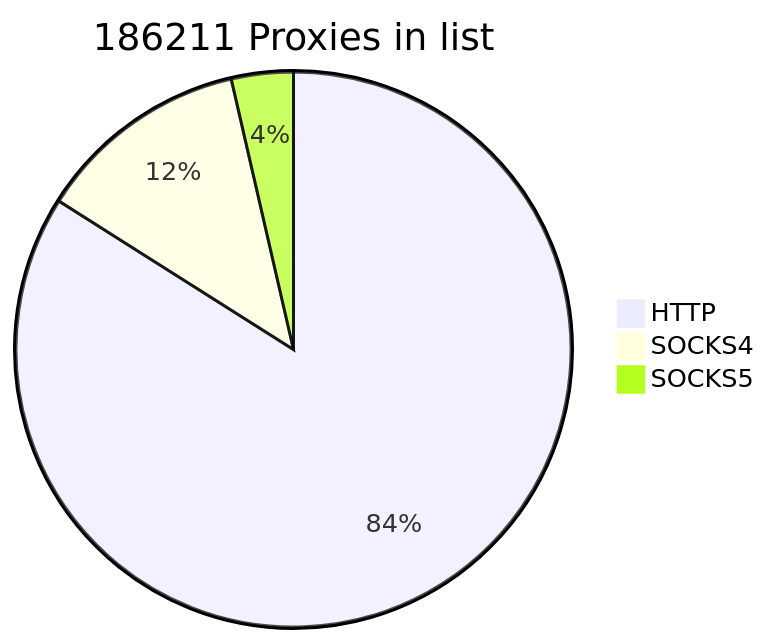
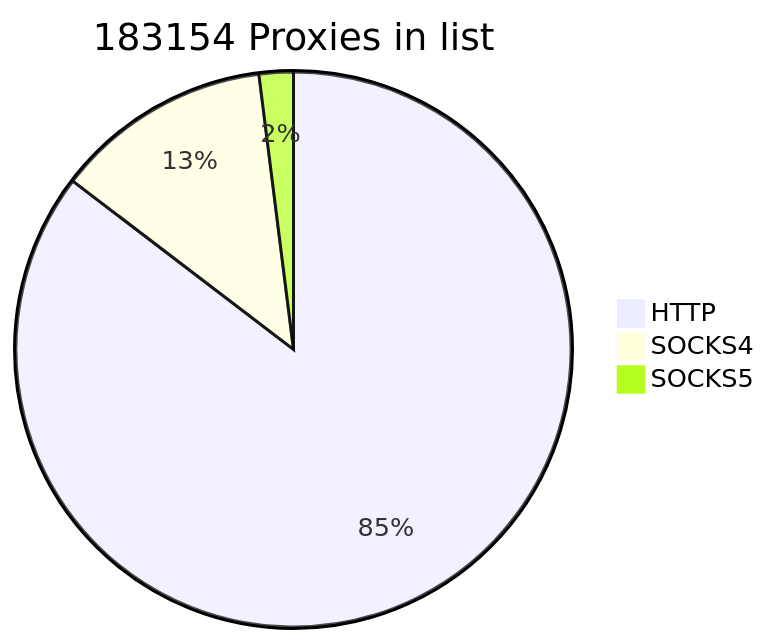
The first of 2 diagrams in README.md (cutipu/proxylist), drawn with Mermaid before and after one commit. The commit also changed other lines of this file, not shown here.

````diff
--- a/README.md
+++ b/README.md
@@ -2,7 +2,7 @@
 ```mermaid
-pie title 186211 Proxies in list
-    "HTTP" : 156375
-    "SOCKS4" : 23132
-    "SOCKS5" : 6704
+pie title 183154 Proxies in list
+    "HTTP" : 156374
+    "SOCKS4" : 23131
+    "SOCKS5" : 3649
             
 ```
````
